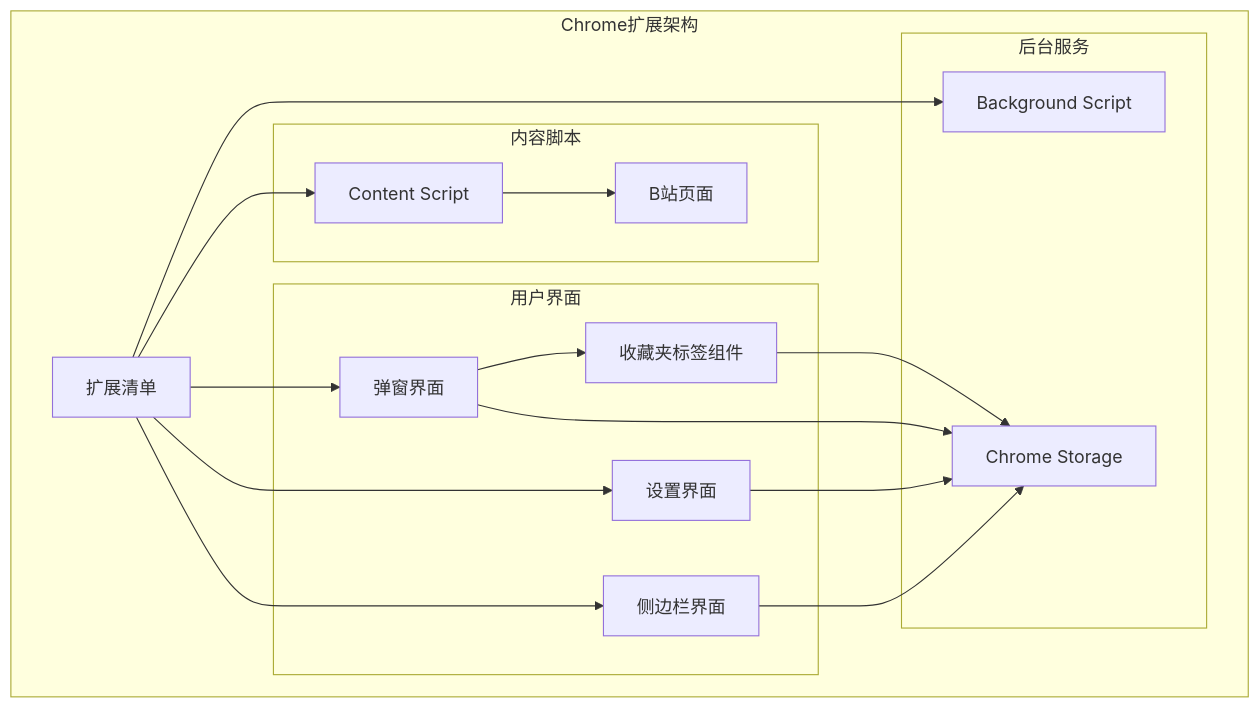
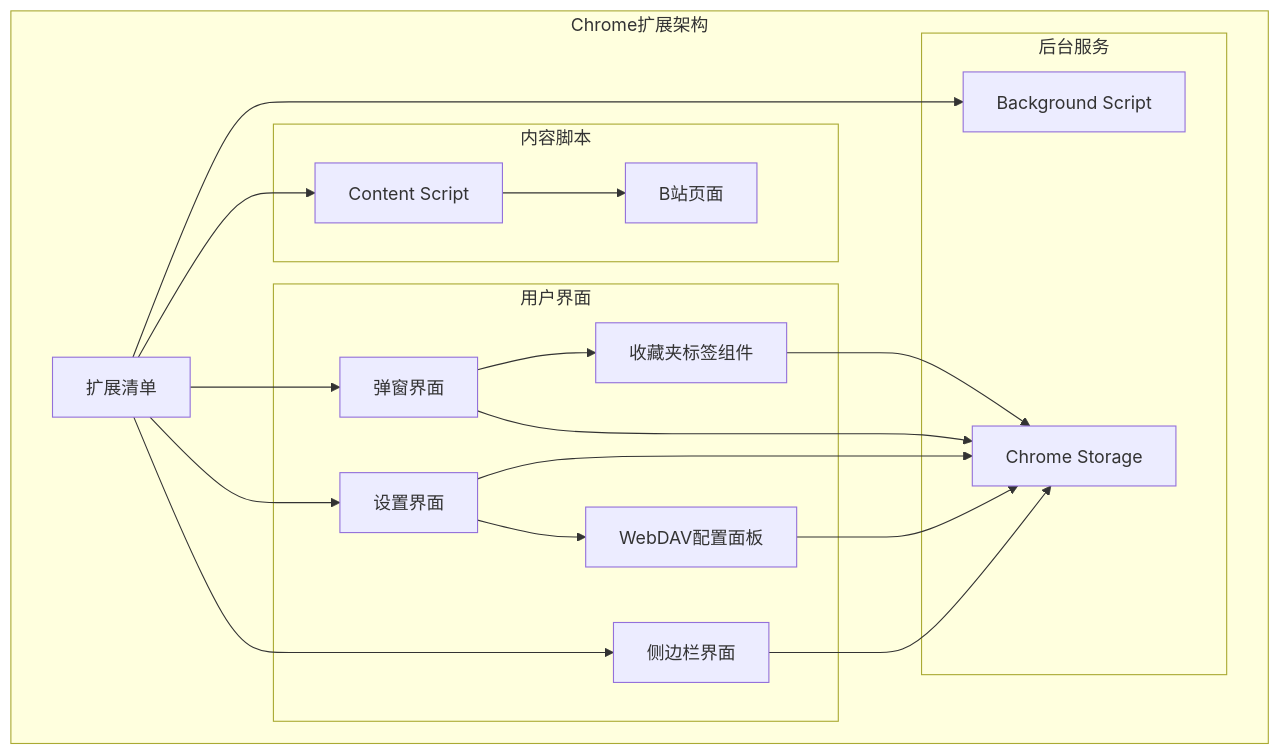
The second of 16 diagrams in .qoder/repowiki/zh/content/Accessibility Enhancements.md (RadiumAg/bilibili-favorites), drawn with Mermaid before and after one commit. The commit also changed other lines of this file and 10 other files, not shown here.

````diff
--- a/.qoder/repowiki/zh/content/Accessibility Enhancements.md
+++ b/.qoder/repowiki/zh/content/Accessibility Enhancements.md
@@ -199,31 +220,34 @@
 ```mermaid
 graph TB
 subgraph "Chrome扩展架构"
 Manifest[扩展清单]
 subgraph "后台服务"
 Background[Background Script]
 Storage[Chrome Storage]
 end
 subgraph "内容脚本"
 ContentScript[Content Script]
 Bilibili[B站页面]
 end
 subgraph "用户界面"
 Popup[弹窗界面]
 Options[设置界面]
 SidePanel[侧边栏界面]
 FavoriteTag[收藏夹标签组件]
+WebDAVConfig[WebDAV配置面板]
 end
 end
 Manifest --> Background
 Manifest --> ContentScript
 Manifest --> Popup
 Manifest --> Options
 Manifest --> SidePanel
 ContentScript --> Bilibili
 Popup --> FavoriteTag
 Popup --> Storage
 Options --> Storage
+Options --> WebDAVConfig
 SidePanel --> Storage
 FavoriteTag --> Storage
+WebDAVConfig --> Storage
 ```
````
